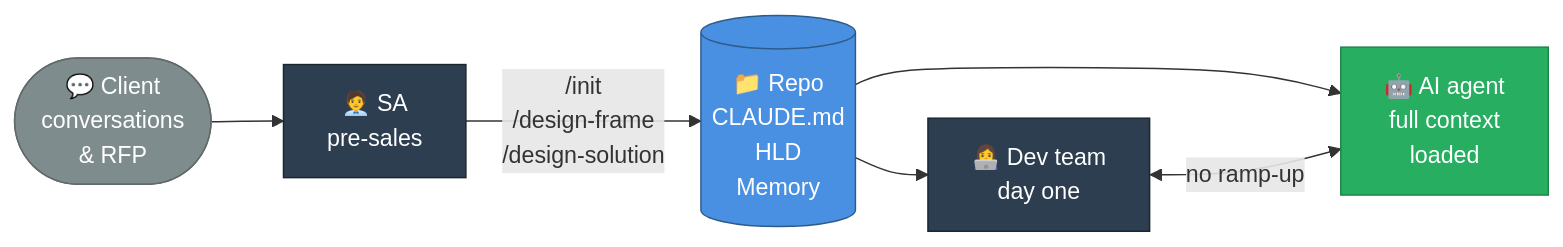
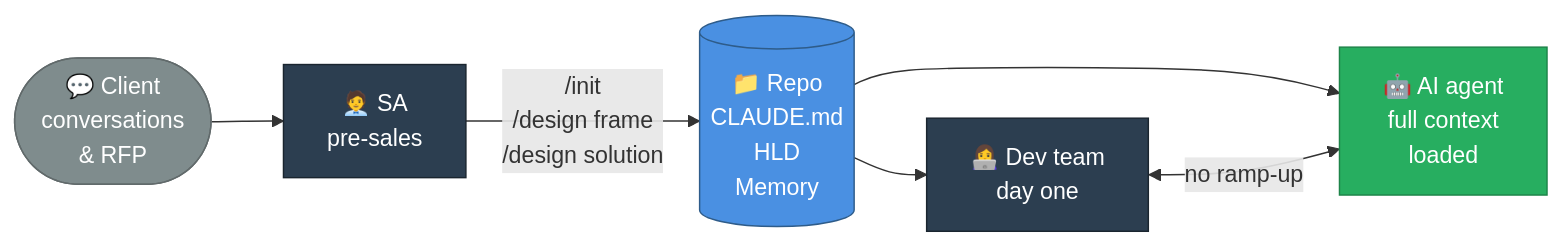
The first of 4 diagrams in docs/Harness/04 Adoption/01 Pre-Sales.md (DataArt/artisyn-implementation-harness), drawn with Mermaid before and after one commit. The commit also changed other lines of this file and 143 other files, not shown here.

````diff
--- a/docs/Harness/04 Adoption/01 Pre-Sales.md
+++ b/docs/Harness/04 Adoption/01 Pre-Sales.md
@@ -30,19 +30,19 @@
 ```mermaid
 flowchart LR
     CC(["💬 Client\nconversations\n& RFP"]):::input
     SA["🧑‍💼 SA\npre-sales"]:::actor
     REPO[("📁 Repo\nCLAUDE.md\nHLD\nMemory")]:::repo
     DEV["👩‍💻 Dev team\nday one"]:::actor
     AGENT["🤖 AI agent\nfull context\nloaded"]:::ai
 
     CC --> SA
-    SA -->|"/init\n/design-frame\n/design-solution"| REPO
+    SA -->|"/init\n/design frame\n/design solution"| REPO
     REPO --> DEV
     REPO --> AGENT
     DEV <-->|no ramp-up| AGENT
 
     classDef input fill:#7F8C8D,stroke:#616A6B,color:#fff
     classDef actor fill:#2C3E50,stroke:#1A252F,color:#fff
     classDef repo fill:#4A90E2,stroke:#2E5C8A,color:#fff
     classDef ai fill:#27AE60,stroke:#1E8449,color:#fff
 ```
````
